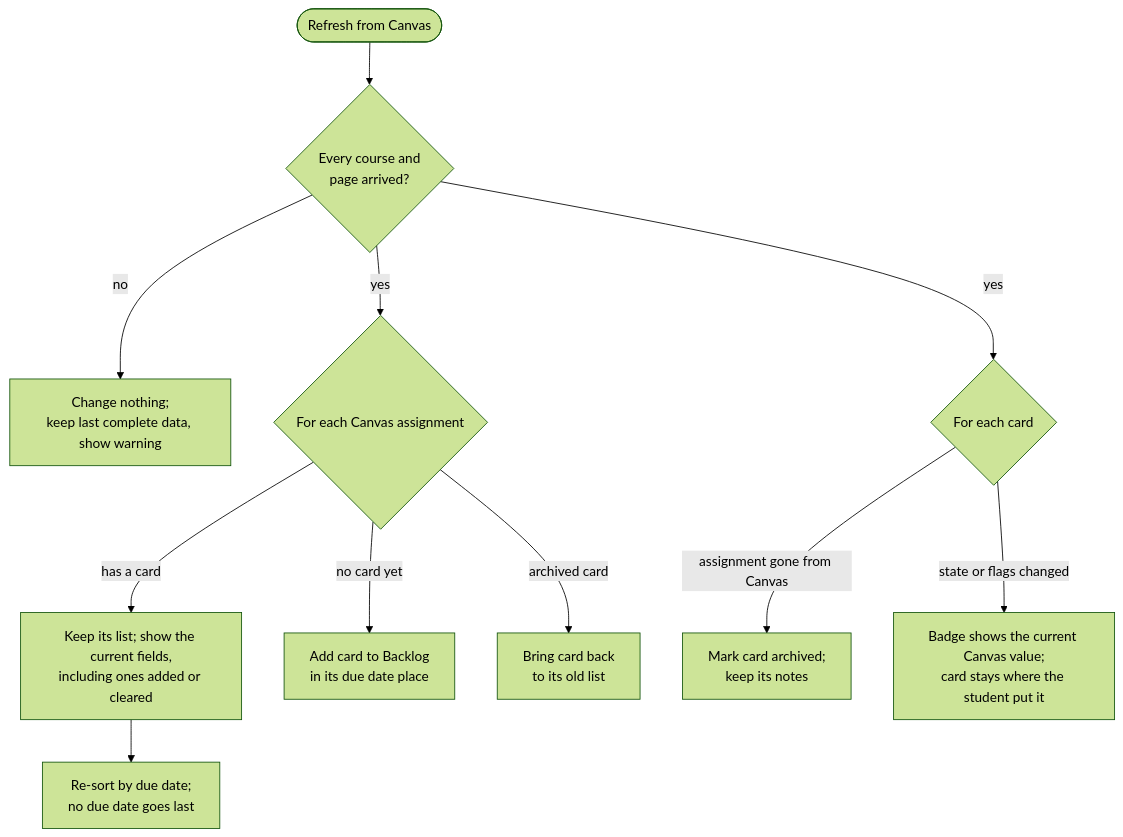
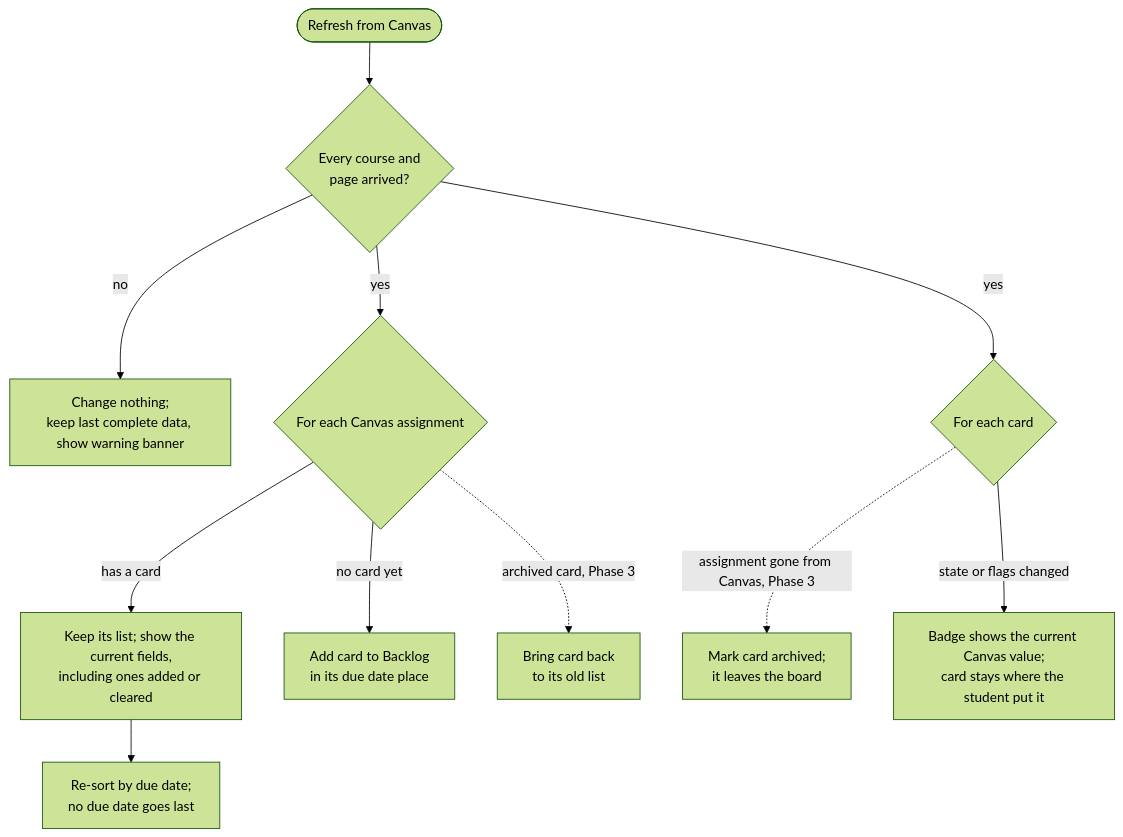
The sixth of 9 diagrams in docs/canvas-portal/04-ui-specification.md (bbranton/TestProj), drawn with Mermaid (forest theme) before and after one commit. The commit also changed other lines of this file, not shown here.

````diff
--- a/docs/canvas-portal/04-ui-specification.md
+++ b/docs/canvas-portal/04-ui-specification.md
@@ -484,13 +627,13 @@
 ```mermaid
 flowchart TD
     A([Refresh from Canvas]) --> Z{Every course and<br/>page arrived?}
-    Z -- no --> Y[Change nothing;<br/>keep last complete data, show warning]
+    Z -- no --> Y[Change nothing;<br/>keep last complete data, show warning banner]
     Z -- yes --> B{For each Canvas assignment}
     B -- has a card --> C[Keep its list; show the current fields,<br/>including ones added or cleared]
     C --> C2[Re-sort by due date;<br/>no due date goes last]
     B -- no card yet --> D[Add card to Backlog<br/>in its due date place]
-    B -- archived card --> R[Bring card back<br/>to its old list]
+    B -. archived card, Phase 3 .-> R[Bring card back<br/>to its old list]
     Z -- yes --> E{For each card}
-    E -- assignment gone from Canvas --> F[Mark card archived;<br/>keep its notes]
+    E -. assignment gone from Canvas, Phase 3 .-> F[Mark card archived;<br/>it leaves the board]
     E -- state or flags changed --> G[Badge shows the current Canvas value;<br/>card stays where the student put it]
 ```
````
